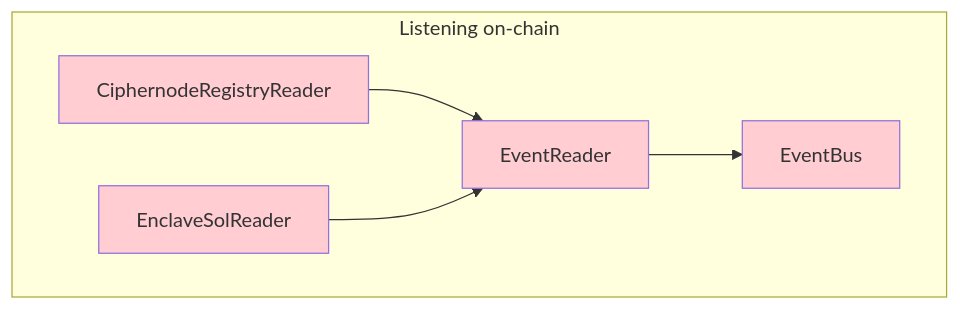
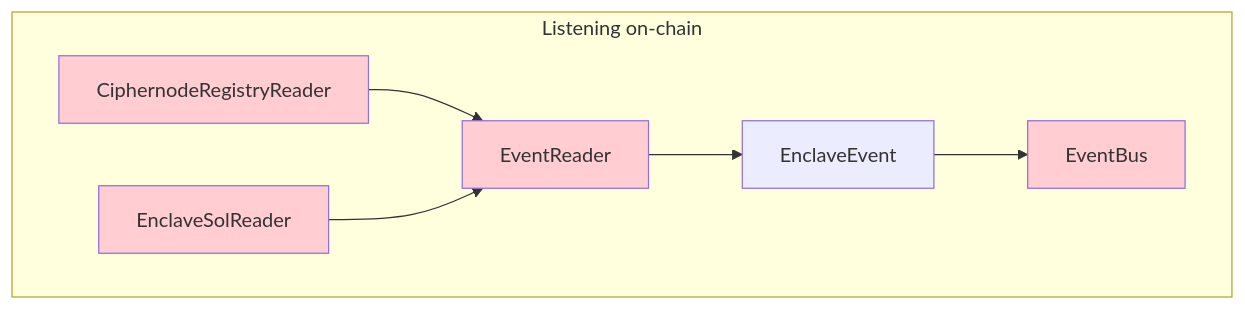
One commit to gnosisguild/enclave changed the first of 2 diagrams in crates/evm/EvmSystem.md. Above: the diagram before and after it, drawn with Mermaid. The commit also changed other lines of this file and 16 other files, not shown here.

Commit message:
feat: ensure links are shown for each diagram in graph view

````diff
--- a/crates/evm/EvmSystem.md
+++ b/crates/evm/EvmSystem.md
@@ -10,26 +10,31 @@
 ```mermaid
 flowchart TB
     subgraph evm["Listening on-chain"]
 		EB["EventBus"]
         ESR["EnclaveSolReader"]
         ER["EventReader"]
+        EE["EnclaveEvent"]
         CRR["CiphernodeRegistryReader"]
     end
 	CRR --> ER
 	ESR --> ER
-	ER --> EB
+	ER --> EE
+	EE --> EB
     
     ESR:::internal-link
     ER:::internal-link
     CRR:::internal-link
     EB:::internal-link
+    EE:::internal-link
+    
 	style ESR fill:#FFCDD2
 	style ER fill:#FFCDD2
 	style CRR fill:#FFCDD2
 	style EB fill:#FFCDD2
 
     click ESR "http://github.com/gnosisguild/enclave/tree/main/crates/evm/docs/EnclaveSolReader.md"
     click ER "http://github.com/gnosisguild/enclave/tree/main/crates/evm/docs/EventReader.md"
     click CRR "http://github.com/gnosisguild/enclave/tree/main/crates/evm/docs/CiphernodeRegistryReader.md"
     click EB "http://github.com/gnosisguild/enclave/tree/main/crates/events/docs/EventBus.md"
+    click EE "http://github.com/gnosisguild/enclave/tree/main/crates/events/docs/EnclaveEvent.md"
 ```
````
